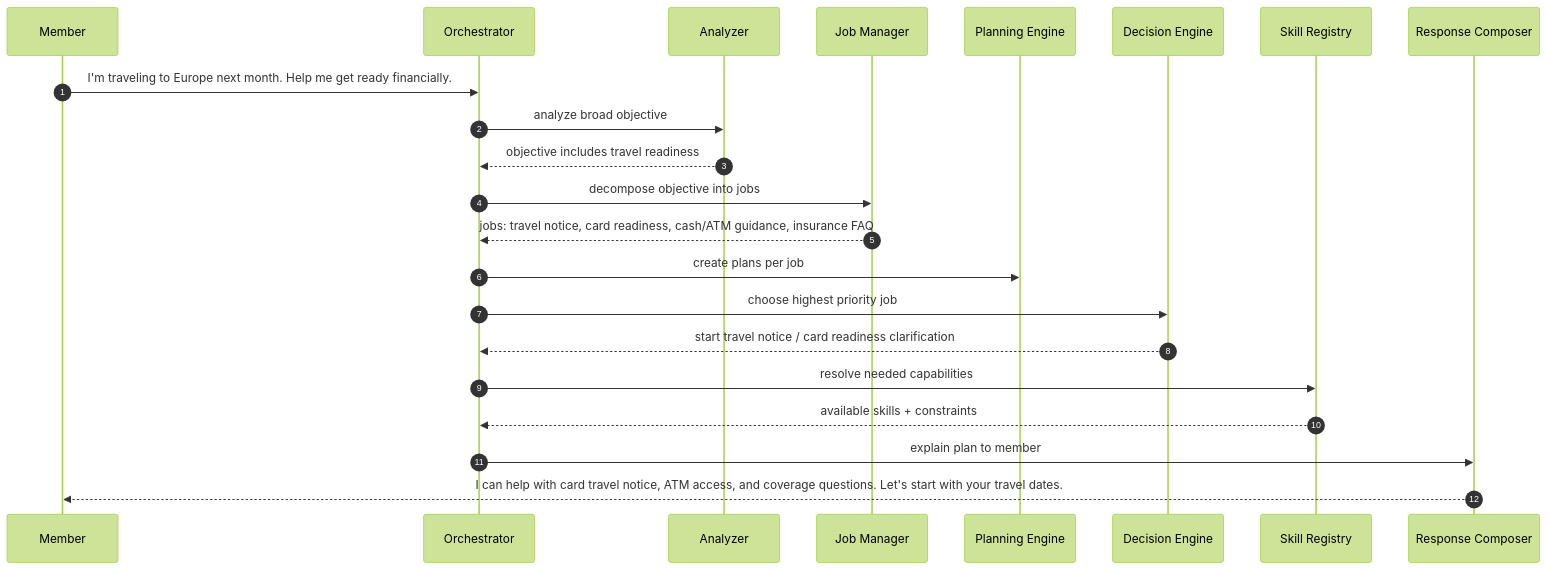
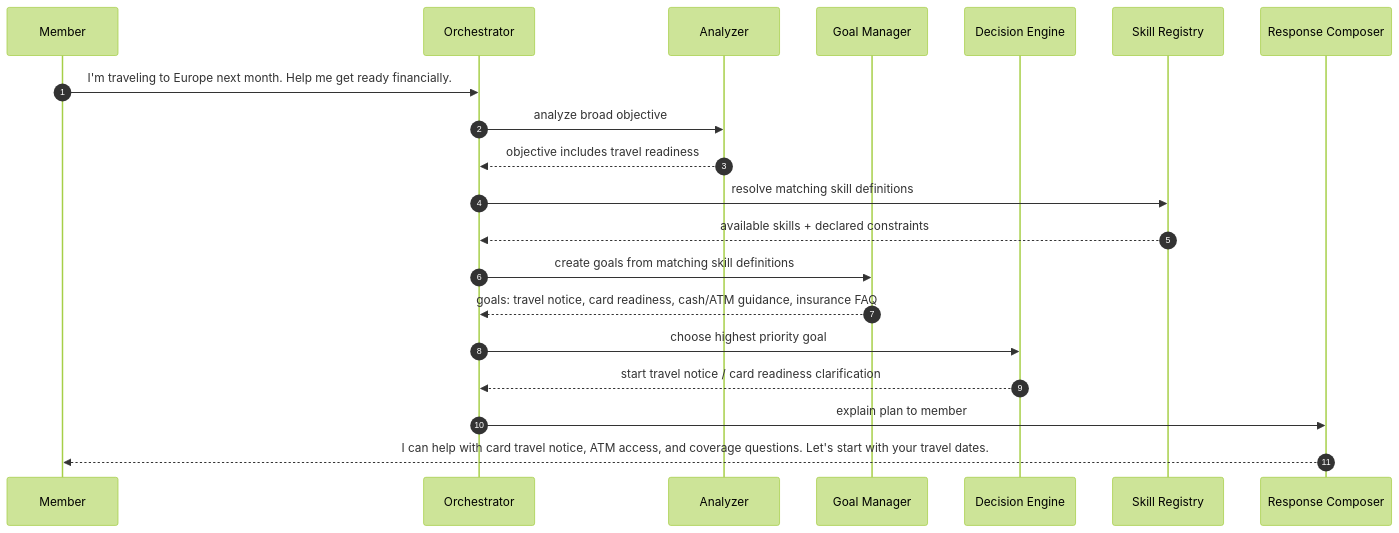
Diagram 11 of 14 in docs/Agentic_Chat_Architecture_Deck.md (bhochhi/nexus), drawn with Mermaid (forest theme) before and after one commit. The commit also changed other lines of this file, not shown here.

Commit message:
refactor: update terminology from jobs to goals in architecture deck

````diff
--- a/docs/Agentic_Chat_Architecture_Deck.md
+++ b/docs/Agentic_Chat_Architecture_Deck.md
@@ -403,25 +407,23 @@
 ```mermaid
 sequenceDiagram
     autonumber
     participant M as Member
     participant O as Orchestrator
     participant CA as Analyzer
-    participant JM as Job Manager
-    participant PE as Planning Engine
+    participant GM as Goal Manager
     participant DE as Decision Engine
     participant SR as Skill Registry
     participant RC as Response Composer
 
     M->>O: I'm traveling to Europe next month. Help me get ready financially.
     O->>CA: analyze broad objective
     CA-->>O: objective includes travel readiness
-    O->>JM: decompose objective into jobs
-    JM-->>O: jobs: travel notice, card readiness, cash/ATM guidance, insurance FAQ
-    O->>PE: create plans per job
-    O->>DE: choose highest priority job
+    O->>SR: resolve matching skill definitions
+    SR-->>O: available skills + declared constraints
+    O->>GM: create goals from matching skill definitions
+    GM-->>O: goals: travel notice, card readiness, cash/ATM guidance, insurance FAQ
+    O->>DE: choose highest priority goal
     DE-->>O: start travel notice / card readiness clarification
-    O->>SR: resolve needed capabilities
-    SR-->>O: available skills + constraints
     O->>RC: explain plan to member
     RC-->>M: I can help with card travel notice, ATM access, and coverage questions. Let's start with your travel dates.
 ```
````
